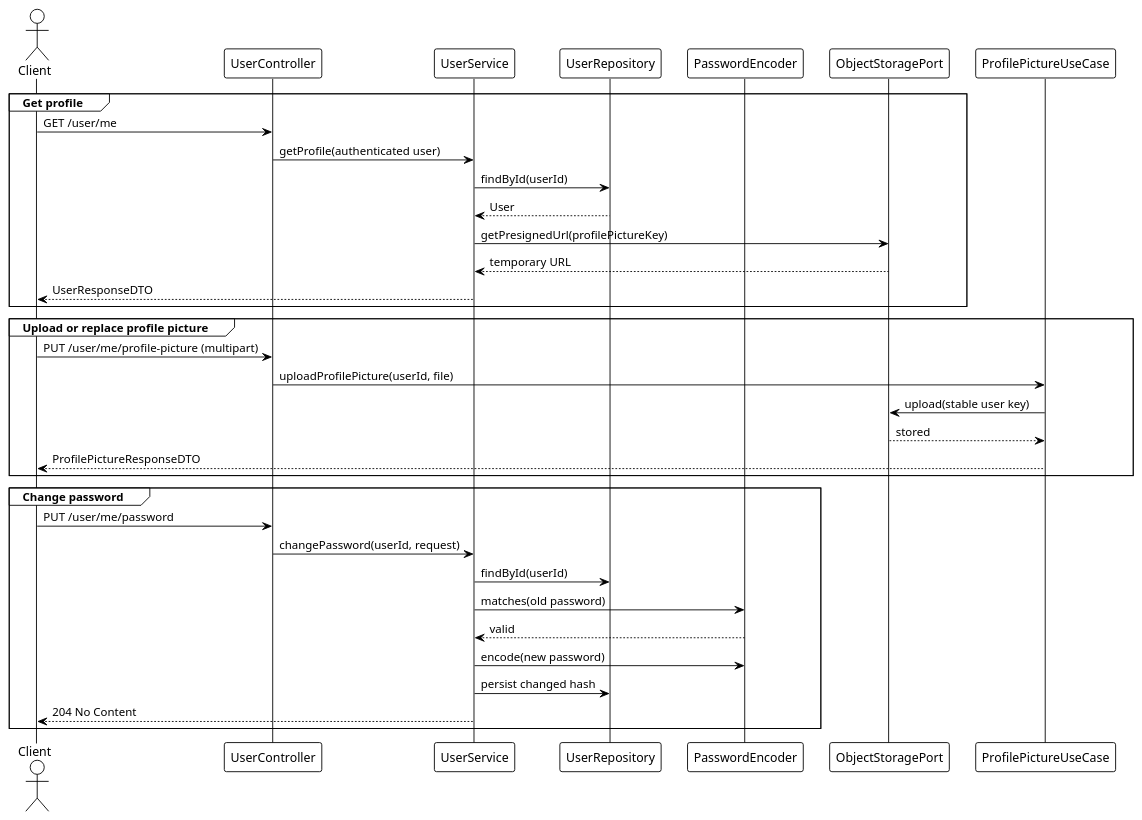
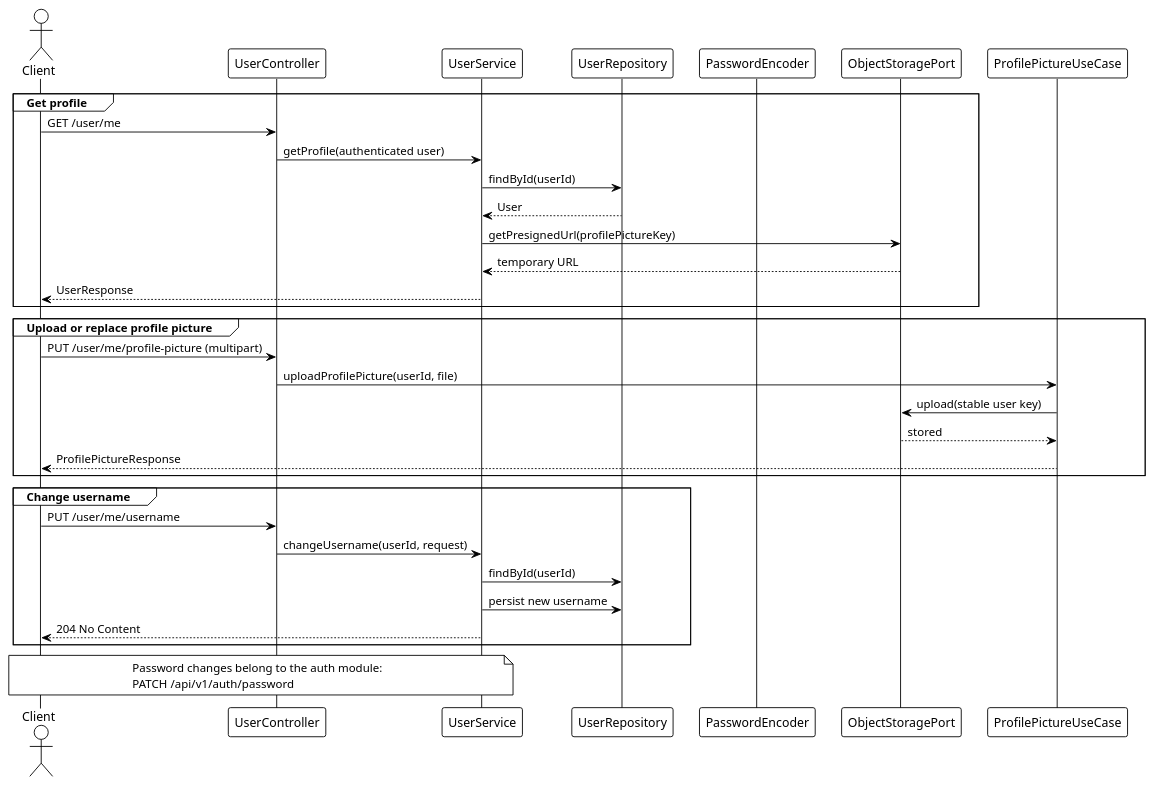
The diagram in docs/user/user-sequence.puml (genesshoan/fitness-tracker-api), drawn with PlantUML before and after one commit. The commit also changed 26 other files, not shown here.

First line of the commit message:
docs: sync api and architecture documentation with the implementation

```diff
--- a/docs/user/user-sequence.puml
+++ b/docs/user/user-sequence.puml
@@ -1,38 +1,40 @@
 @startuml
 !theme plain
 actor Client
 participant UserController
 participant UserService
 participant UserRepository
 participant PasswordEncoder
 participant ObjectStoragePort
 
 group Get profile
   Client -> UserController : GET /user/me
   UserController -> UserService : getProfile(authenticated user)
   UserService -> UserRepository : findById(userId)
   UserRepository --> UserService : User
   UserService -> ObjectStoragePort : getPresignedUrl(profilePictureKey)
   ObjectStoragePort --> UserService : temporary URL
-  UserService --> Client : UserResponseDTO
+  UserService --> Client : UserResponse
 end
 
 group Upload or replace profile picture
   Client -> UserController : PUT /user/me/profile-picture (multipart)
   UserController -> ProfilePictureUseCase : uploadProfilePicture(userId, file)
   ProfilePictureUseCase -> ObjectStoragePort : upload(stable user key)
   ObjectStoragePort --> ProfilePictureUseCase : stored
-  ProfilePictureUseCase --> Client : ProfilePictureResponseDTO
+  ProfilePictureUseCase --> Client : ProfilePictureResponse
 end
 
-group Change password
-  Client -> UserController : PUT /user/me/password
-  UserController -> UserService : changePassword(userId, request)
+group Change username
+  Client -> UserController : PUT /user/me/username
+  UserController -> UserService : changeUsername(userId, request)
   UserService -> UserRepository : findById(userId)
-  UserService -> PasswordEncoder : matches(old password)
-  PasswordEncoder --> UserService : valid
-  UserService -> PasswordEncoder : encode(new password)
-  UserService -> UserRepository : persist changed hash
+  UserService -> UserRepository : persist new username
   UserService --> Client : 204 No Content
 end
+
+note over Client, UserService
+  Password changes belong to the auth module:
+  PATCH /api/v1/auth/password
+end note
 @enduml
```
